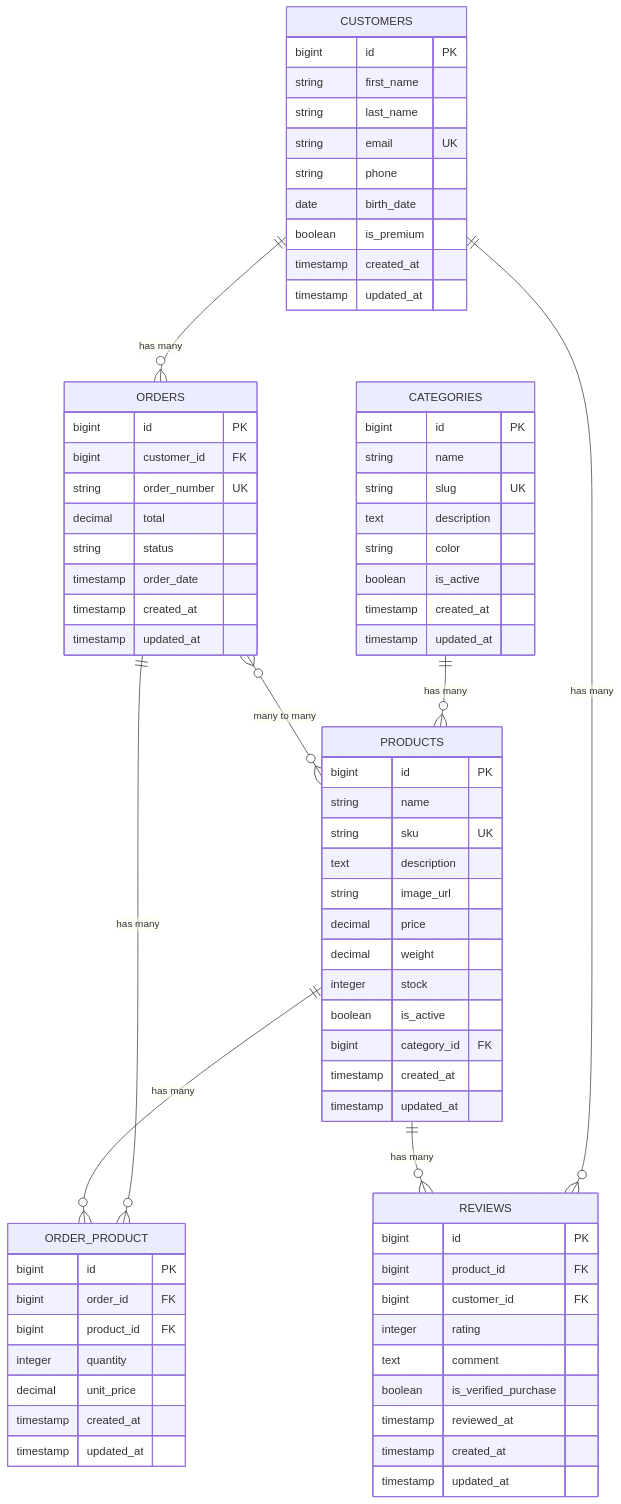
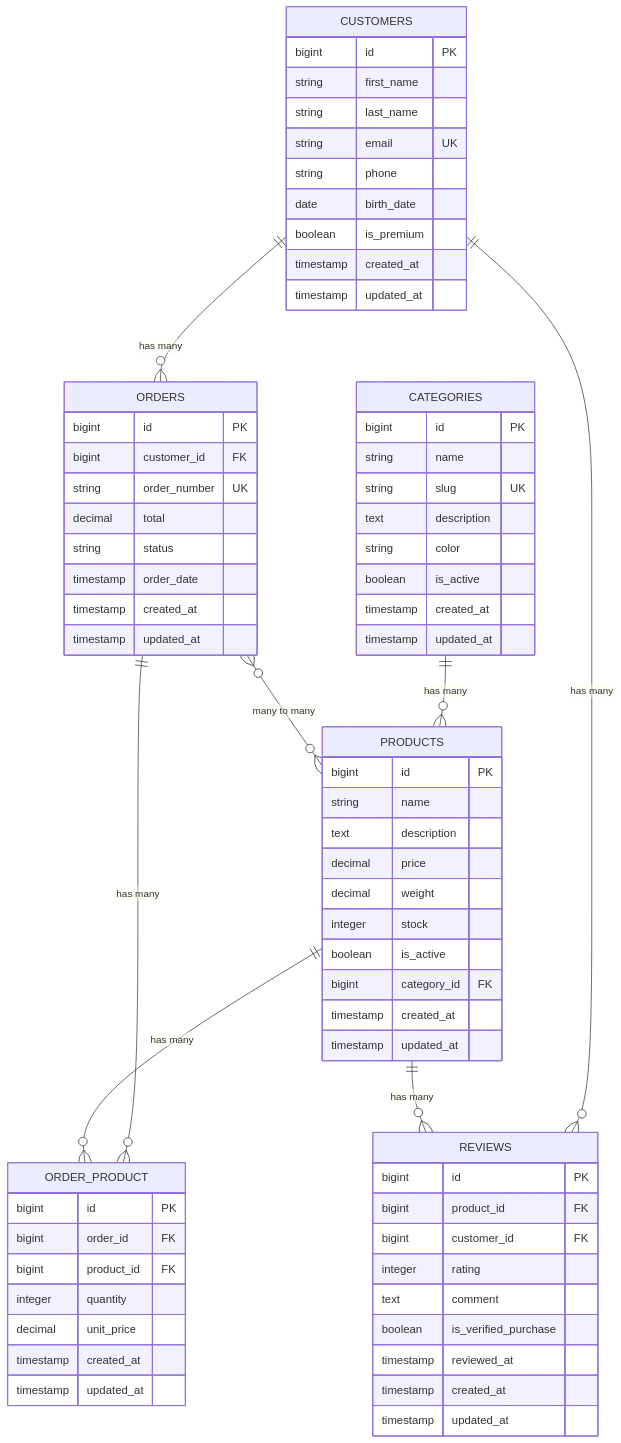
The seventh of 10 diagrams in 27-8-2025-STORAGE.md (srezequieluni1/microservicios-api), drawn with Mermaid before and after one commit. The commit also changed other lines of this file and 1 other file, not shown here.

````diff
--- a/27-8-2025-STORAGE.md
+++ b/27-8-2025-STORAGE.md
@@ -1264,81 +1472,79 @@
 ```mermaid
 erDiagram
     CATEGORIES {
         bigint id PK
         string name
         string slug UK
         text description
         string color
         boolean is_active
         timestamp created_at
         timestamp updated_at
     }
     
     PRODUCTS {
         bigint id PK
         string name
-        string sku UK
         text description
-        string image_url
         decimal price
         decimal weight
         integer stock
         boolean is_active
         bigint category_id FK
         timestamp created_at
         timestamp updated_at
     }
     
     CUSTOMERS {
         bigint id PK
         string first_name
         string last_name
         string email UK
         string phone
         date birth_date
         boolean is_premium
         timestamp created_at
         timestamp updated_at
     }
     
     ORDERS {
         bigint id PK
         bigint customer_id FK
         string order_number UK
         decimal total
         string status
         timestamp order_date
         timestamp created_at
         timestamp updated_at
     }
     
     ORDER_PRODUCT {
         bigint id PK
         bigint order_id FK
         bigint product_id FK
         integer quantity
         decimal unit_price
         timestamp created_at
         timestamp updated_at
     }
     
     REVIEWS {
         bigint id PK
         bigint product_id FK
         bigint customer_id FK
         integer rating
         text comment
         boolean is_verified_purchase
         timestamp reviewed_at
         timestamp created_at
         timestamp updated_at
     }
     
     CATEGORIES ||--o{ PRODUCTS : "has many"
     CUSTOMERS ||--o{ ORDERS : "has many"
     CUSTOMERS ||--o{ REVIEWS : "has many"
     PRODUCTS ||--o{ REVIEWS : "has many"
     ORDERS ||--o{ ORDER_PRODUCT : "has many"
     PRODUCTS ||--o{ ORDER_PRODUCT : "has many"
     ORDERS }o--o{ PRODUCTS : "many to many"
 ```
````
